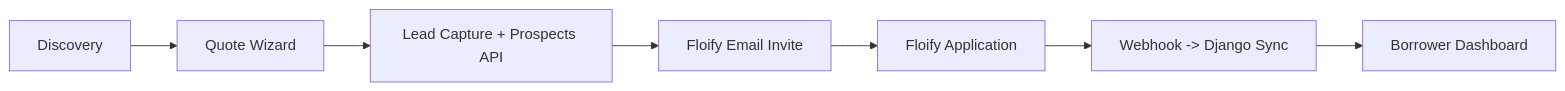
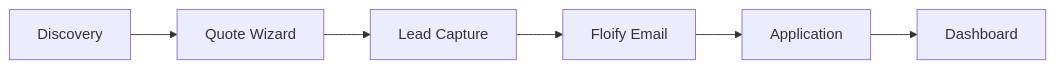
One commit to samtheloanman/unified-cmtg changed the first of 2 diagrams in prd.md. Above: the diagram before and after it, drawn with Mermaid. The commit also changed other lines of this file and 17 other files, not shown here.

````diff
--- a/prd.md
+++ b/prd.md
@@ -33,9 +198,8 @@
 ```mermaid
 flowchart LR
     A[Discovery] --> B[Quote Wizard]
-    B --> C[Lead Capture + Prospects API]
-    C --> D[Floify Email Invite]
-    D --> E[Floify Application]
-    E --> F[Webhook -> Django Sync]
-    F --> G[Borrower Dashboard]
+    B --> C[Lead Capture]
+    C --> D[Floify Email]
+    D --> E[Application]
+    E --> F[Dashboard]
 ```
````
